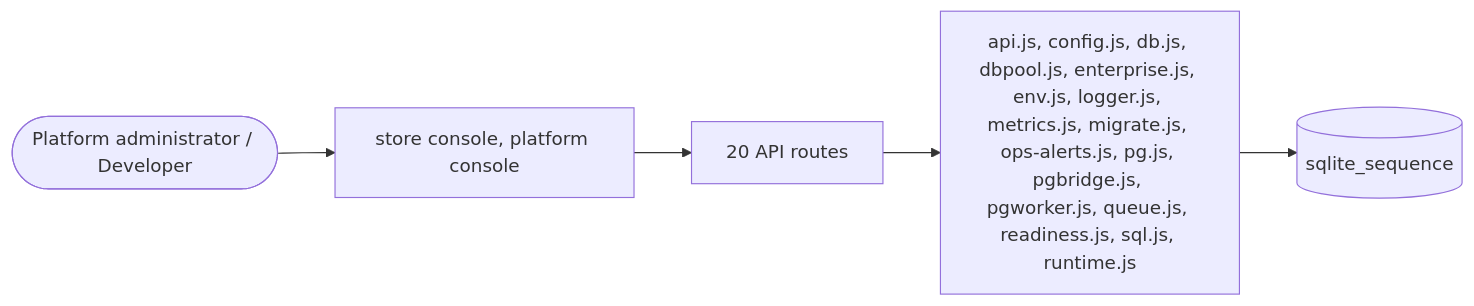
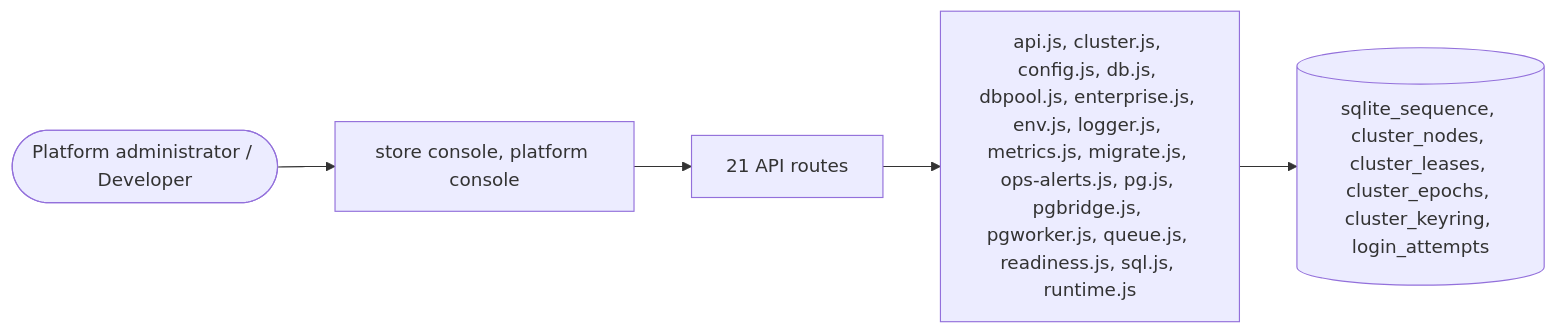
Before and after one commit to echelonxventures-Projects/universal-product: the diagram in docs/domains/runtime.md, drawn with Mermaid. The commit also changed other lines of this file and 31 other files, not shown here.

````diff
--- a/docs/domains/runtime.md
+++ b/docs/domains/runtime.md
@@ -71,8 +119,8 @@
 ```mermaid
 flowchart LR
   U([Platform administrator / Developer]) --> UI[store console, platform console]
-  UI --> API[20 API routes]
-  API --> ENG[api.js, config.js, db.js, dbpool.js, enterprise.js, env.js, logger.js, metrics.js, migrate.js, ops-alerts.js, pg.js, pgbridge.js, pgworker.js, queue.js, readiness.js, sql.js, runtime.js]
-  ENG --> DB[(sqlite_sequence)]
+  UI --> API[21 API routes]
+  API --> ENG[api.js, cluster.js, config.js, db.js, dbpool.js, enterprise.js, env.js, logger.js, metrics.js, migrate.js, ops-alerts.js, pg.js, pgbridge.js, pgworker.js, queue.js, readiness.js, sql.js, runtime.js]
+  ENG --> DB[(sqlite_sequence, cluster_nodes, cluster_leases, cluster_epochs, cluster_keyring, login_attempts)]
 
 ```
````
